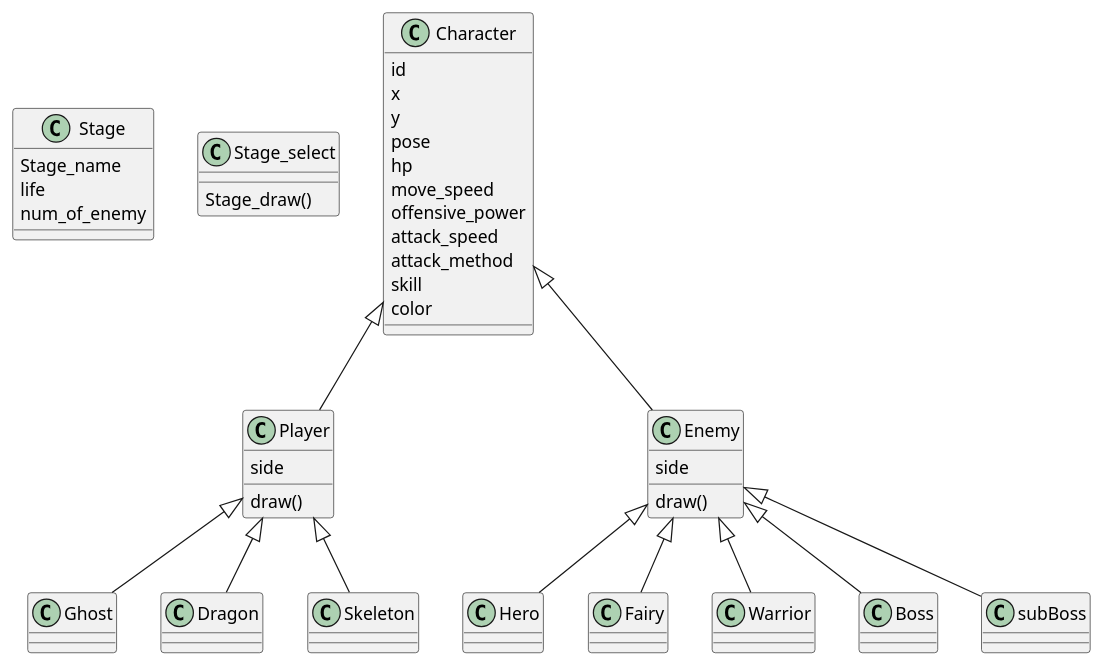
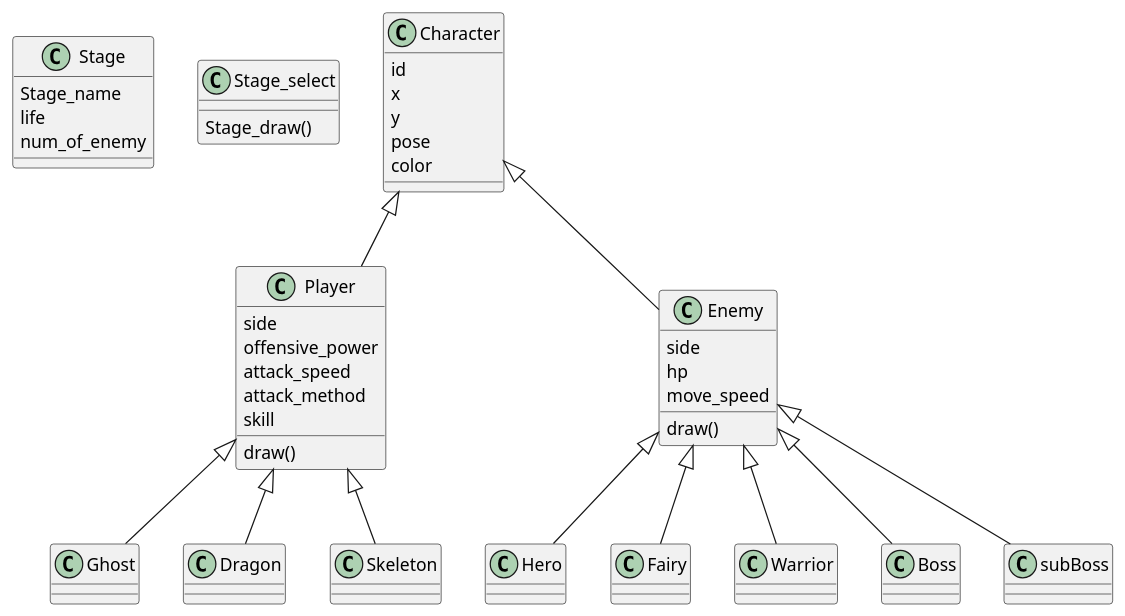
The diagram in docs/class_diagram.puml (prapro-ou/Another_Side), drawn with PlantUML before and after one commit. The commit also changed other lines of this file and 1 other file, not shown here.

```diff
--- a/docs/class_diagram.puml
+++ b/docs/class_diagram.puml
@@ -1,64 +1,64 @@
 @startuml
 class Stage {
 Stage_name
 life
 num_of_enemy
 }
 
 class Stage_select {
 Stage_draw()
 }
 
 class Character {
     id
     x
     y
     pose
-    hp
-    move_speed
-    offensive_power
-    attack_speed
-    attack_method
-    skill
     color
 }
 
 class Player {
     side
     draw()
+    offensive_power
+    attack_speed
+    attack_method
+    skill
 }
 
 class Ghost {
 }
 class Dragon {
 }
 class Skeleton {
 }
 
 class Enemy {
     side
     draw()
+    hp
+    move_speed
 }
 
 class Hero {
 }
 class Fairy{
 }
 class Warrior{
 }
 class Boss{
 }
 class subBoss{
 }
 
 Character <|-- Player
 Player <|-- Ghost
 Player <|-- Dragon
 Player <|-- Skeleton
 Character <|-- Enemy
 Enemy <|-- Hero
 Enemy <|-- Fairy
 Enemy <|-- Warrior
 Enemy <|-- Boss
 Enemy <|-- subBoss
 @enduml
```
